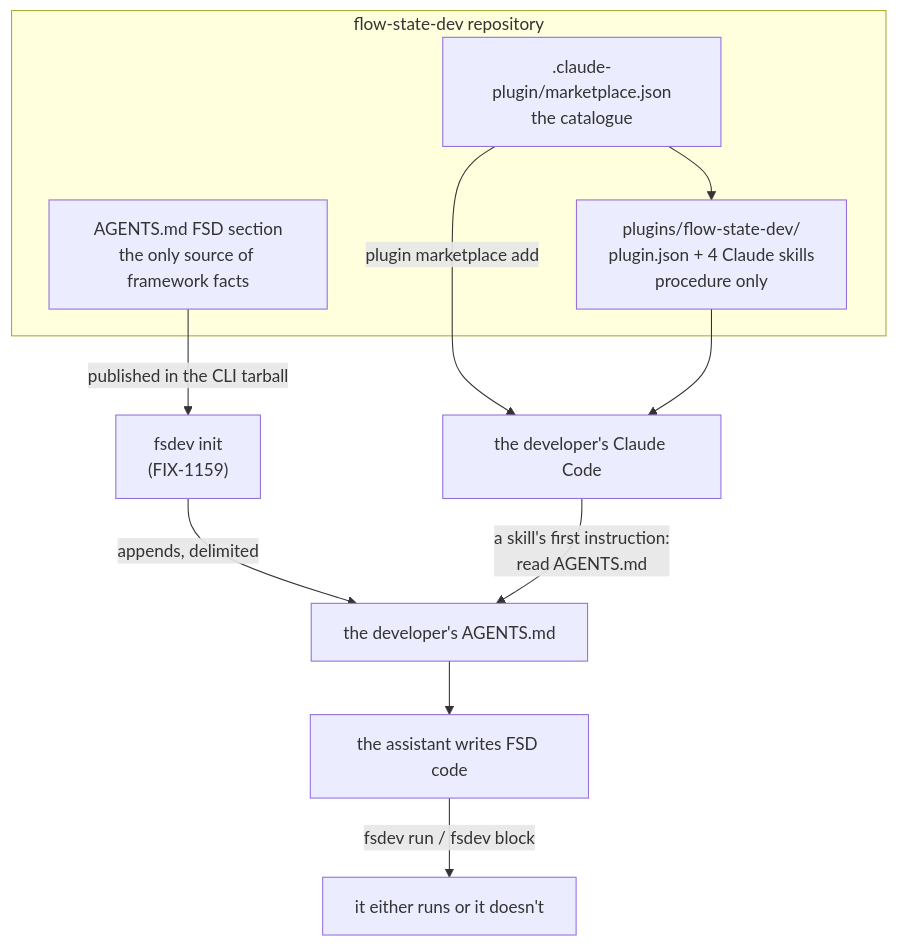
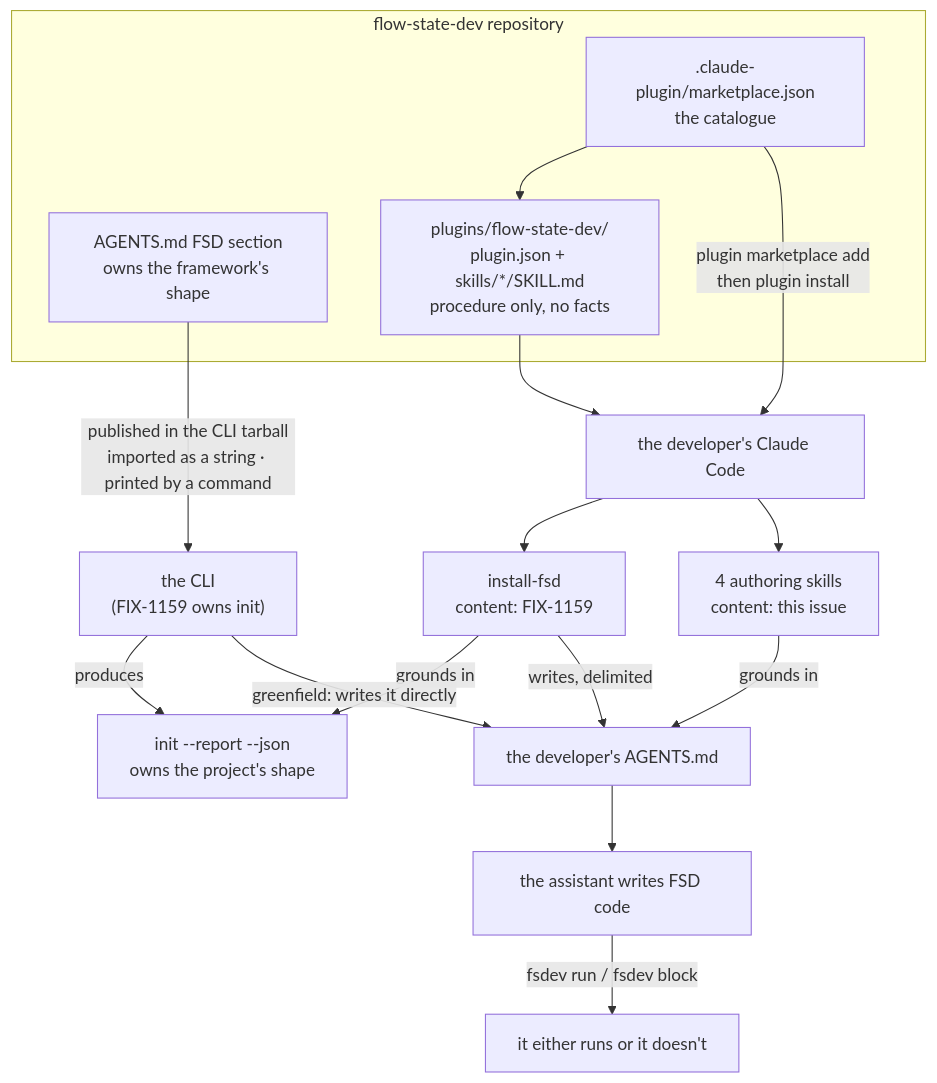
One commit to fixpoint-labs/flow-state-dev changed the diagram in spec/FIX-1160.md. Above: the diagram before and after it, drawn with Mermaid. The commit also changed other lines of this file and 2 other files, not shown here.

````diff
--- a/spec/FIX-1160.md
+++ b/spec/FIX-1160.md
@@ -187,17 +297,24 @@
 ```mermaid
 flowchart TD
   subgraph repo["flow-state-dev repository"]
-    C["AGENTS.md FSD section<br/>the only source of framework facts"]
+    C["AGENTS.md FSD section<br/>owns the framework's shape"]
     M[".claude-plugin/marketplace.json<br/>the catalogue"]
-    P["plugins/flow-state-dev/<br/>plugin.json + 4 Claude skills<br/>procedure only"]
+    P["plugins/flow-state-dev/<br/>plugin.json + skills/*/SKILL.md<br/>procedure only, no facts"]
     M --> P
   end
 
-  C -->|"published in the CLI tarball"| I["fsdev init<br/>(FIX-1159)"]
-  I -->|"appends, delimited"| A["the developer's AGENTS.md"]
-  M -->|"plugin marketplace add"| C2["the developer's Claude Code"]
+  C -->|"published in the CLI tarball<br/>imported as a string · printed by a command"| I["the CLI<br/>(FIX-1159 owns init)"]
+  M -->|"plugin marketplace add<br/>then plugin install"| C2["the developer's Claude Code"]
   P --> C2
-  C2 -->|"a skill's first instruction:<br/>read AGENTS.md"| A
+
+  C2 --> IS["install-fsd<br/>content: FIX-1159"]
+  C2 --> AS["4 authoring skills<br/>content: this issue"]
+
+  IS -->|"grounds in"| R["init --report --json<br/>owns the project's shape"]
+  IS -->|"writes, delimited"| A["the developer's AGENTS.md"]
+  I -->|"produces"| R
+  I -->|"greenfield: writes it directly"| A
+  AS -->|"grounds in"| A
   A --> ASST["the assistant writes FSD code"]
   ASST -->|"fsdev run / fsdev block"| V["it either runs or it doesn't"]
 ```
````
